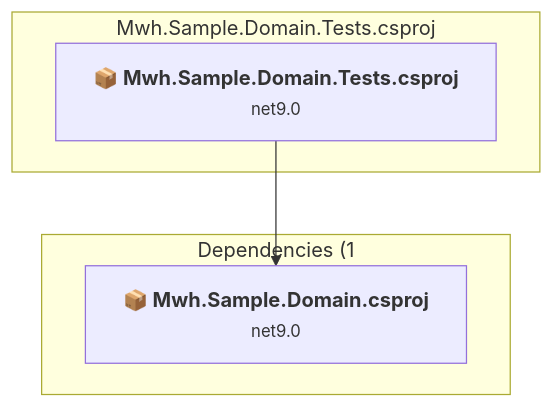
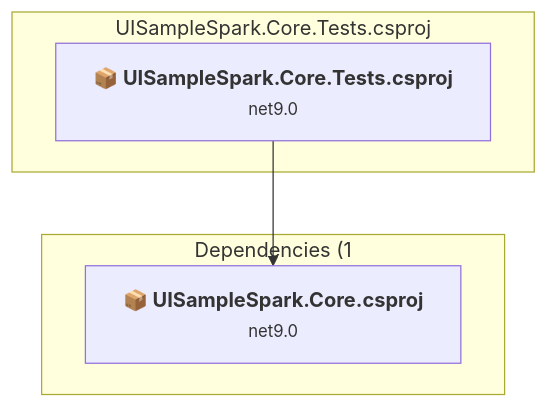
The third of 8 diagrams in .documentation/copilot/archive/upgrades/assessment.md (markhazleton/SampleMvcCRUD), drawn with Mermaid before and after one commit. The commit also changed other lines of this file and 393 other files, not shown here.

First line of the commit message:
feat: Rebrand to UISampleSpark with modernized project structure

````diff
--- a/.documentation/copilot/archive/upgrades/assessment.md
+++ b/.documentation/copilot/archive/upgrades/assessment.md
@@ -118,13 +118,13 @@
 ```mermaid
 flowchart TB
-    subgraph current["Mwh.Sample.Domain.Tests.csproj"]
-        MAIN["<b>📦&nbsp;Mwh.Sample.Domain.Tests.csproj</b><br/><small>net9.0</small>"]
-        click MAIN "#mwhsampledomaintestsmwhsampledomaintestscsproj"
+    subgraph current["UISampleSpark.Core.Tests.csproj"]
+        MAIN["<b>📦&nbsp;UISampleSpark.Core.Tests.csproj</b><br/><small>net9.0</small>"]
+        click MAIN "#uisamplesparkcoretestscsproj"
     end
     subgraph downstream["Dependencies (1"]
-        P2["<b>📦&nbsp;Mwh.Sample.Domain.csproj</b><br/><small>net9.0</small>"]
-        click P2 "#mwhsampledomainmwhsampledomaincsproj"
+        P2["<b>📦&nbsp;UISampleSpark.Core.csproj</b><br/><small>net9.0</small>"]
+        click P2 "#uisamplesparkcorecsproj"
     end
     MAIN --> P2
 
 ```
````
